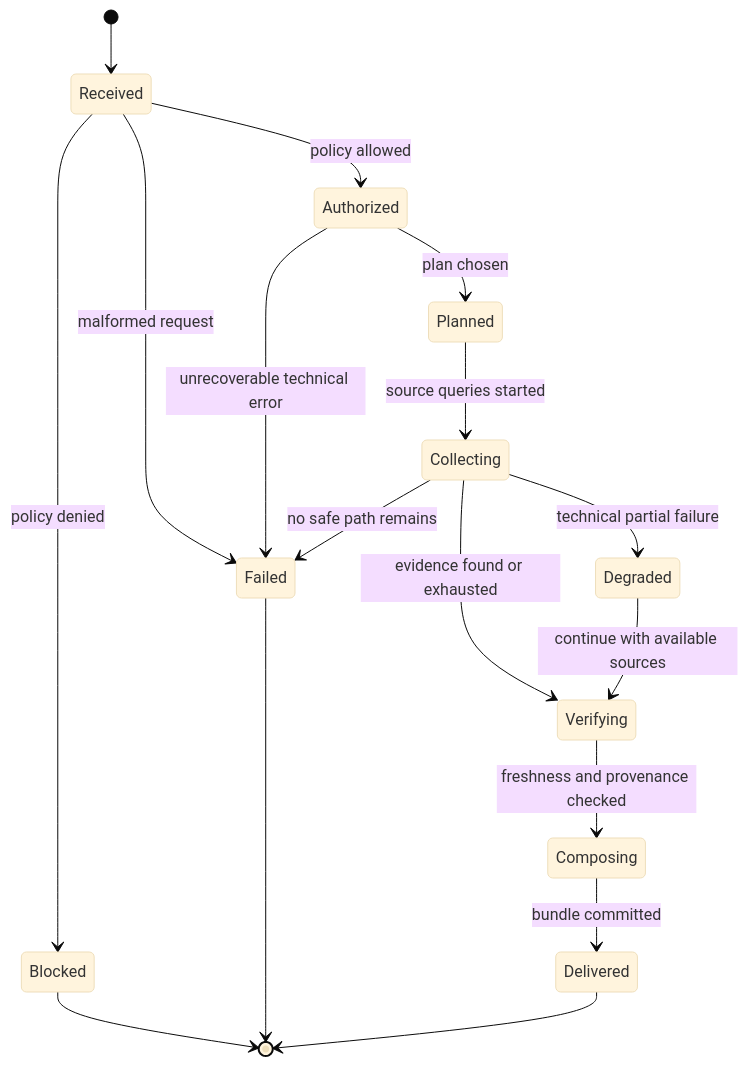
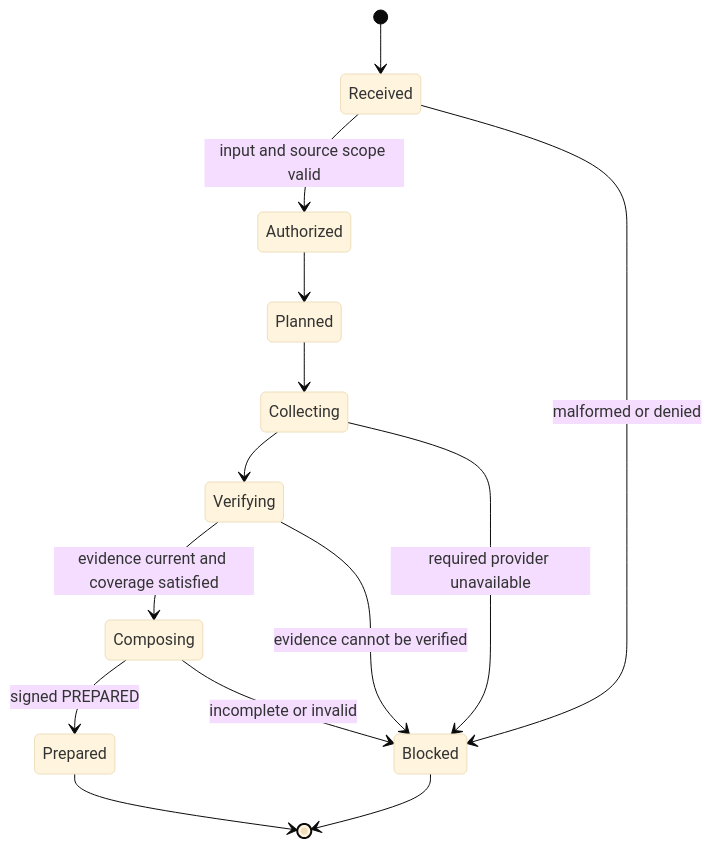
One commit to chris-madsen/Hybrid-RAG changed the first of 5 diagrams in docs/architecture/04-fsm-workflows.md. Above: the diagram before and after it, drawn with Mermaid (base theme). The commit also changed other lines of this file and 37 other files, not shown here.

````diff
--- a/docs/architecture/04-fsm-workflows.md
+++ b/docs/architecture/04-fsm-workflows.md
@@ -9,19 +9,16 @@
 ```mermaid
 stateDiagram-v2
     [*] --> Received
-    Received --> Authorized: policy allowed
-    Received --> Blocked: policy denied
-    Authorized --> Planned: plan chosen
-    Planned --> Collecting: source queries started
-    Collecting --> Verifying: evidence found or exhausted
-    Collecting --> Degraded: technical partial failure
-    Degraded --> Verifying: continue with available sources
-    Verifying --> Composing: freshness and provenance checked
-    Composing --> Delivered: bundle committed
-    Received --> Failed: malformed request
-    Authorized --> Failed: unrecoverable technical error
-    Collecting --> Failed: no safe path remains
+    Received --> Authorized: input and source scope valid
+    Received --> Blocked: malformed or denied
+    Authorized --> Planned
+    Planned --> Collecting
+    Collecting --> Verifying
+    Collecting --> Blocked: required provider unavailable
+    Verifying --> Composing: evidence current and coverage satisfied
+    Verifying --> Blocked: evidence cannot be verified
+    Composing --> Prepared: signed PREPARED
+    Composing --> Blocked: incomplete or invalid
+    Prepared --> [*]
     Blocked --> [*]
-    Failed --> [*]
-    Delivered --> [*]
 ```
````
